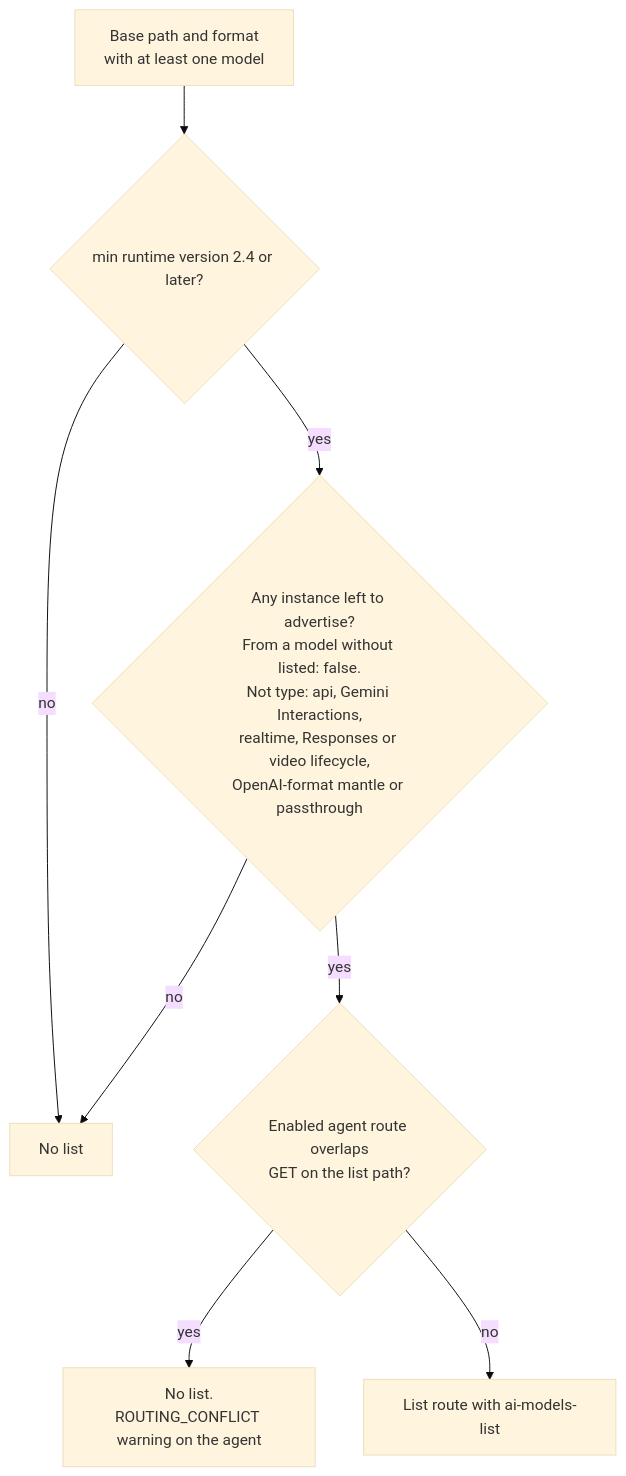
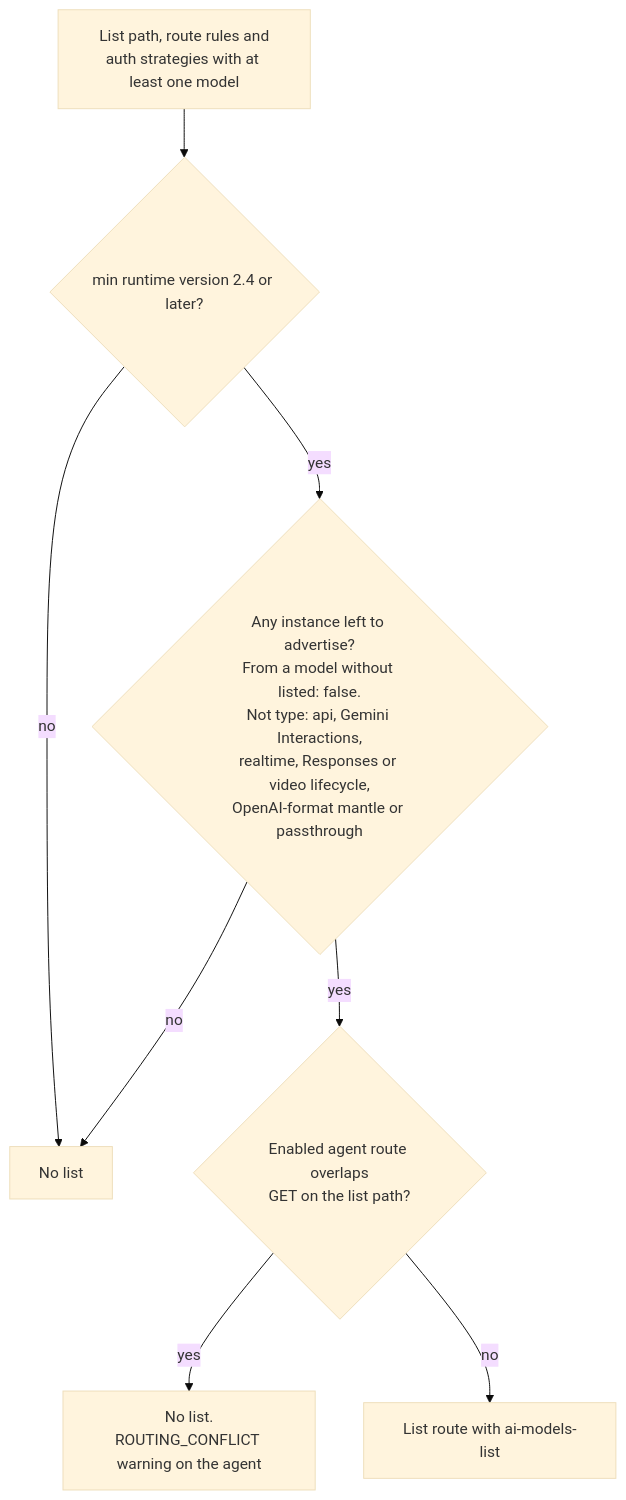
Before and after one commit to Kong/ai-deck-converter: the third of 3 diagrams in docs/decisions/00231-model-list-routes.md, drawn with Mermaid (base theme). The commit also changed other lines of this file, not shown here.

First line of the commit message:
docs(rfc): mirror model route rules in 00231

````diff
--- a/docs/decisions/00231-model-list-routes.md
+++ b/docs/decisions/00231-model-list-routes.md
@@ -389,10 +401,10 @@
 ```mermaid
 flowchart TD
-    A["Base path and format<br/>with at least one model"] --> C{"min runtime version 2.4 or later?"}
+    A["List path, route rules and<br/>auth strategies with at least one model"] --> C{"min runtime version 2.4 or later?"}
     C -- no --> N1["No list"]
     C -- yes --> E{"Any instance left to advertise?<br/>From a model without listed: false.<br/>Not type: api, Gemini Interactions,<br/>realtime, Responses or video lifecycle,<br/>OpenAI-format mantle or passthrough"}
     E -- no --> N1
     E -- yes --> D{"Enabled agent route overlaps<br/>GET on the list path?"}
     D -- yes --> N3["No list.<br/>ROUTING_CONFLICT warning on the agent"]
     D -- no --> Y["List route with ai-models-list"]
 ```
````
